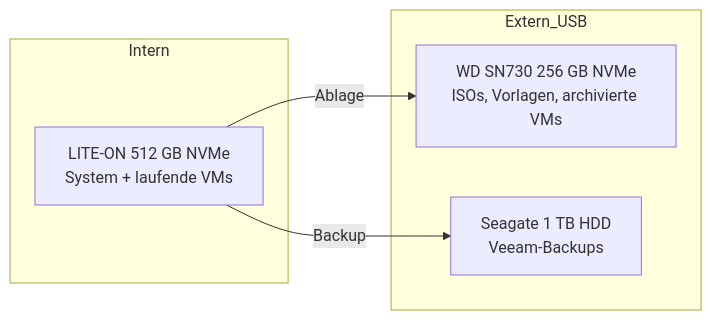
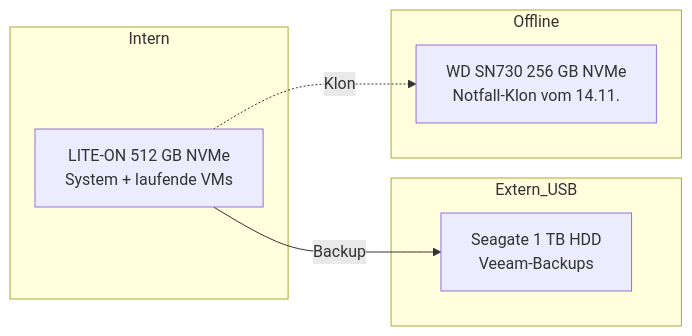
Before and after one commit to DFelux/it-infrastructure-lab: the diagram in docs/06-hardware-speichererweiterung.md, drawn with Mermaid. The commit also changed other lines of this file, not shown here.

Commit message:
Docs 06: Plattentausch abgeschlossen, C: erweitert, WD als Notfall-Klon

````diff
--- a/docs/06-hardware-speichererweiterung.md
+++ b/docs/06-hardware-speichererweiterung.md
@@ -67,12 +67,14 @@
 ```mermaid
 flowchart LR
     subgraph Intern
         A[LITE-ON 512 GB NVMe<br/>System + laufende VMs]
     end
     subgraph Extern_USB
-        B[WD SN730 256 GB NVMe<br/>ISOs, Vorlagen, archivierte VMs]
         C[Seagate 1 TB HDD<br/>Veeam-Backups]
     end
-    A -- Ablage --> B
+    subgraph Offline
+        B[WD SN730 256 GB NVMe<br/>Notfall-Klon vom 14.11.]
+    end
     A -- Backup --> C
+    A -. Klon .-> B
 ```
````
